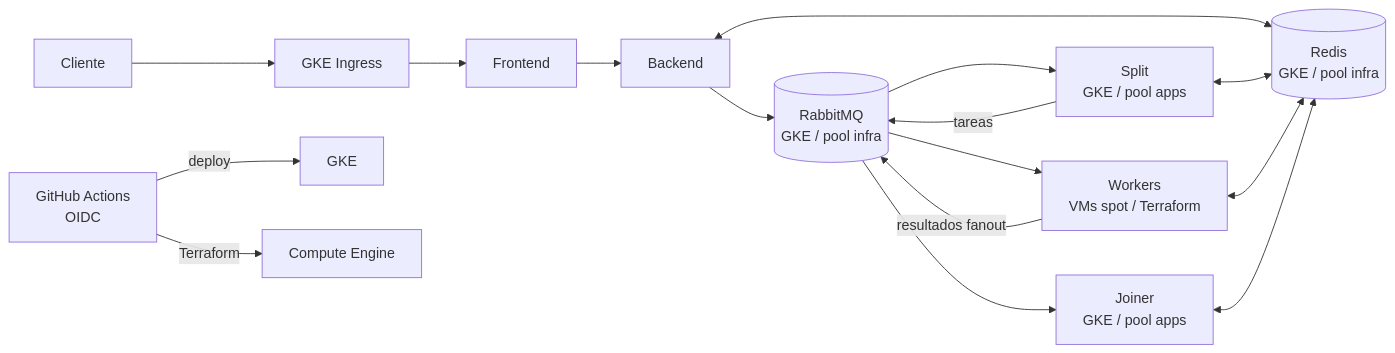
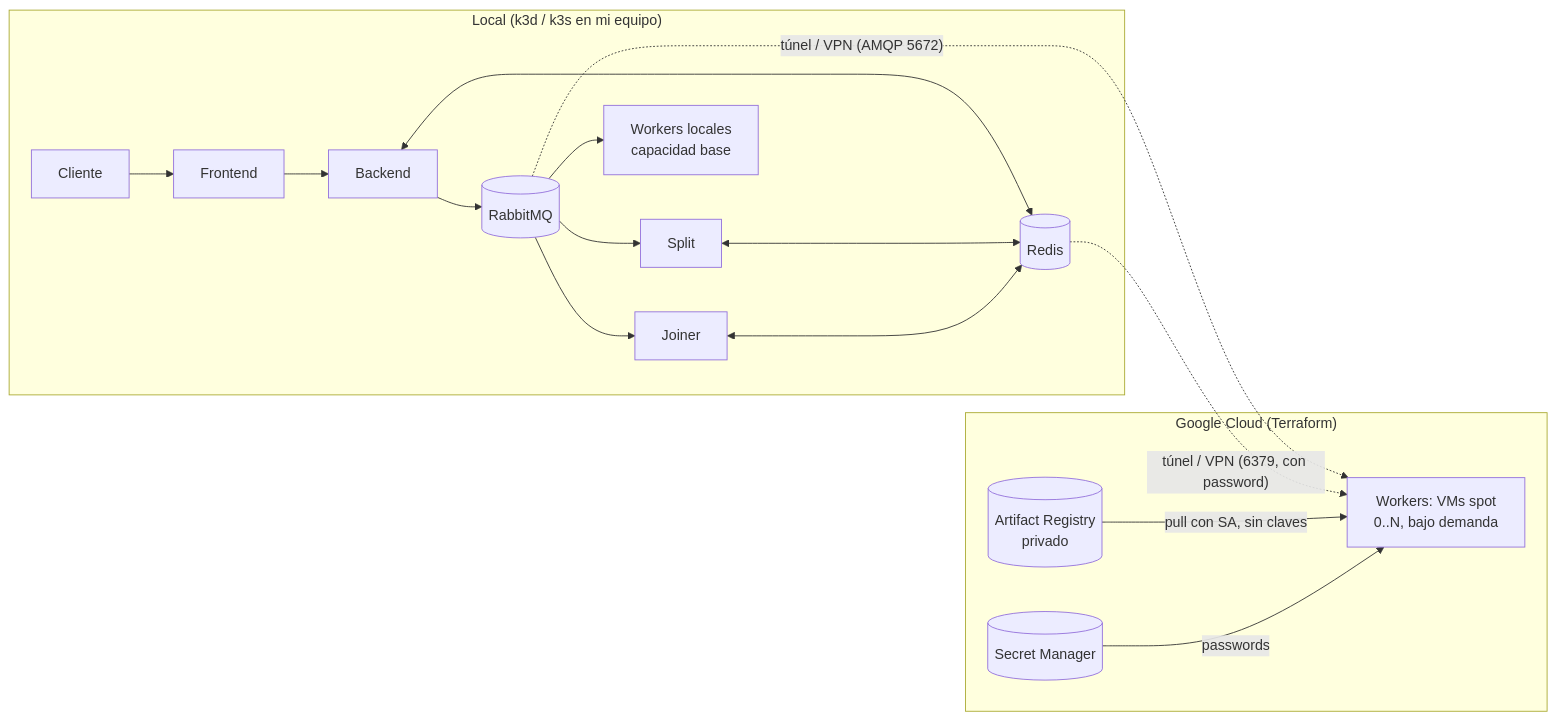
The diagram in TP3/hit2/README.md (Fedekasparian/SDyPP_TP3), drawn with Mermaid before and after one commit. The commit also changed other lines of this file and 3 other files, not shown here.

````diff
--- a/TP3/hit2/README.md
+++ b/TP3/hit2/README.md
@@ -24,18 +23,23 @@
 ```mermaid
 flowchart LR
-  Client[Cliente] --> Ingress[GKE Ingress]
-  Ingress --> Frontend[Frontend]
-  Frontend --> Backend[Backend]
-  Backend --> RabbitMQ[(RabbitMQ<br/>GKE / pool infra)]
-  Backend <--> Redis[(Redis<br/>GKE / pool infra)]
-  RabbitMQ --> Split[Split<br/>GKE / pool apps]
-  Split <--> Redis
-  Split -->|tareas| RabbitMQ
-  RabbitMQ --> Workers[Workers<br/>VMs spot / Terraform]
-  Workers -->|resultados fanout| RabbitMQ
-  Workers <--> Redis
-  RabbitMQ --> Joiner[Joiner<br/>GKE / pool apps]
-  Joiner <--> Redis
-  CI[GitHub Actions<br/>OIDC] -->|deploy| GKE[GKE]
-  CI -->|Terraform| VMs[Compute Engine]
+  subgraph LOCAL["Local (k3d / k3s en mi equipo)"]
+    Client[Cliente] --> Frontend[Frontend]
+    Frontend --> Backend[Backend]
+    Backend --> RabbitMQ[(RabbitMQ)]
+    Backend <--> Redis[(Redis)]
+    RabbitMQ --> Split[Split]
+    Split <--> Redis
+    RabbitMQ --> Joiner[Joiner]
+    Joiner <--> Redis
+    RabbitMQ --> LocalW[Workers locales<br/>capacidad base]
+  end
+  subgraph GCP["Google Cloud (Terraform)"]
+    VMs[Workers: VMs spot<br/>0..N, bajo demanda]
+    AR[(Artifact Registry<br/>privado)]
+    SM[(Secret Manager)]
+  end
+  RabbitMQ -. "túnel / VPN (AMQP 5672)" .-> VMs
+  Redis -. "túnel / VPN (6379, con password)" .-> VMs
+  AR -->|pull con SA, sin claves| VMs
+  SM -->|passwords| VMs
 ```
````
